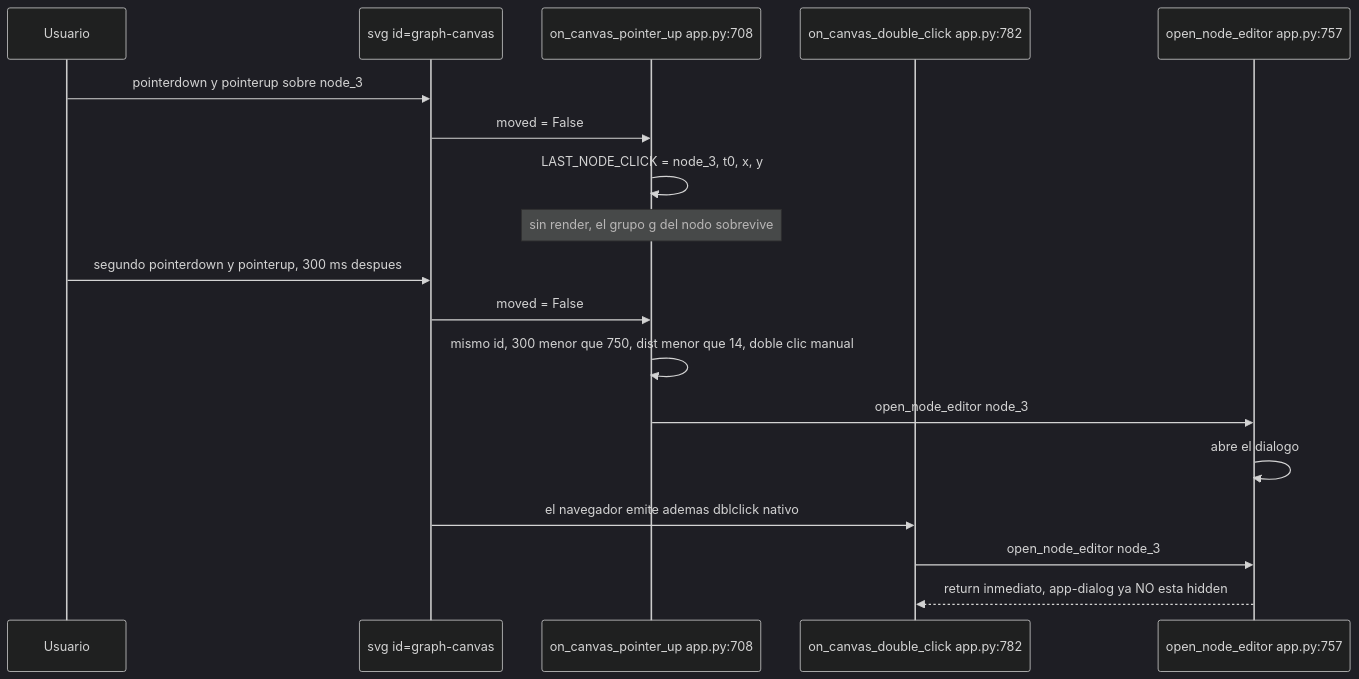
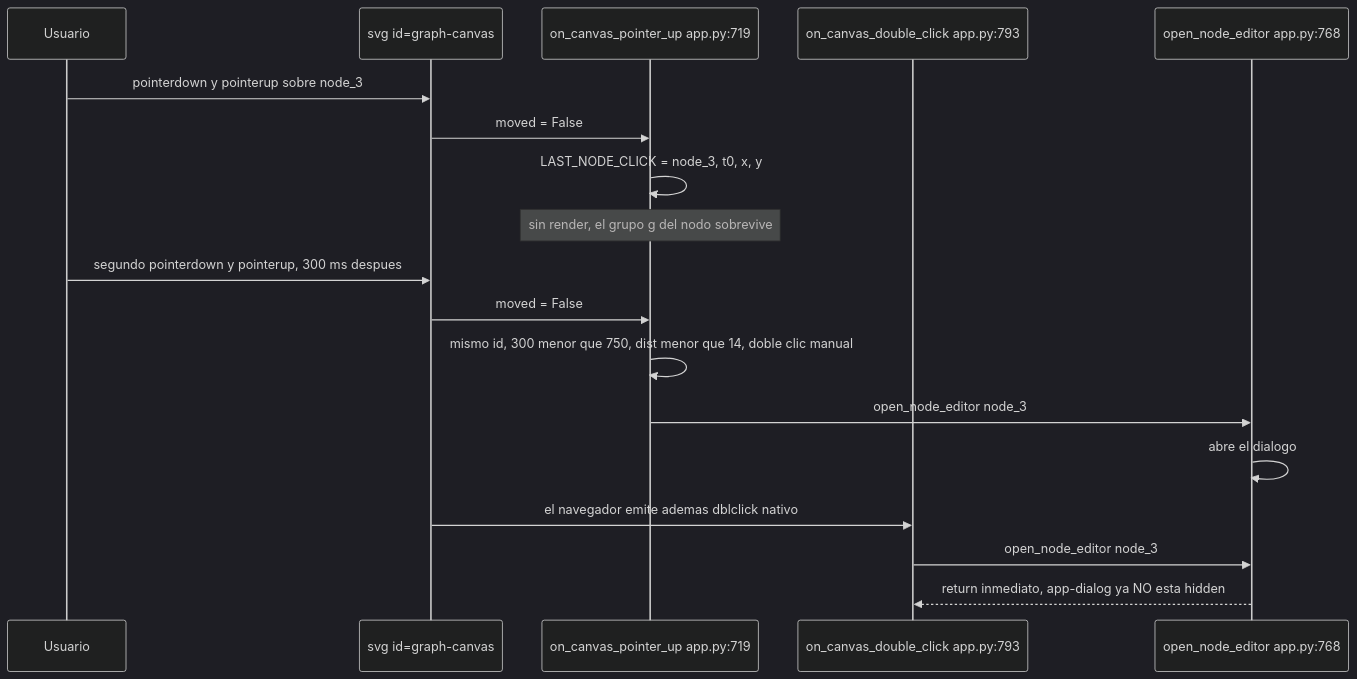
The fifth of 6 diagrams in docs/03-interfaz.md (Rou-uu/consenso-simulador), drawn with Mermaid (dark theme) before and after one commit. The commit also changed other lines of this file and 14 other files, not shown here.

````diff
--- a/docs/03-interfaz.md
+++ b/docs/03-interfaz.md
@@ -345,21 +345,21 @@
 ```mermaid
 sequenceDiagram
     participant U as Usuario
     participant SVG as svg id=graph-canvas
-    participant PU as on_canvas_pointer_up app.py:708
-    participant DC as on_canvas_double_click app.py:782
-    participant ED as open_node_editor app.py:757
+    participant PU as on_canvas_pointer_up app.py:719
+    participant DC as on_canvas_double_click app.py:793
+    participant ED as open_node_editor app.py:768
 
     U->>SVG: pointerdown y pointerup sobre node_3
     SVG->>PU: moved = False
     PU->>PU: LAST_NODE_CLICK = node_3, t0, x, y
     Note over PU: sin render, el grupo g del nodo sobrevive
     U->>SVG: segundo pointerdown y pointerup, 300 ms despues
     SVG->>PU: moved = False
     PU->>PU: mismo id, 300 menor que 750, dist menor que 14, doble clic manual
     PU->>ED: open_node_editor node_3
     ED->>ED: abre el dialogo
     SVG->>DC: el navegador emite ademas dblclick nativo
     DC->>ED: open_node_editor node_3
     ED-->>DC: return inmediato, app-dialog ya NO esta hidden
 ```
````
